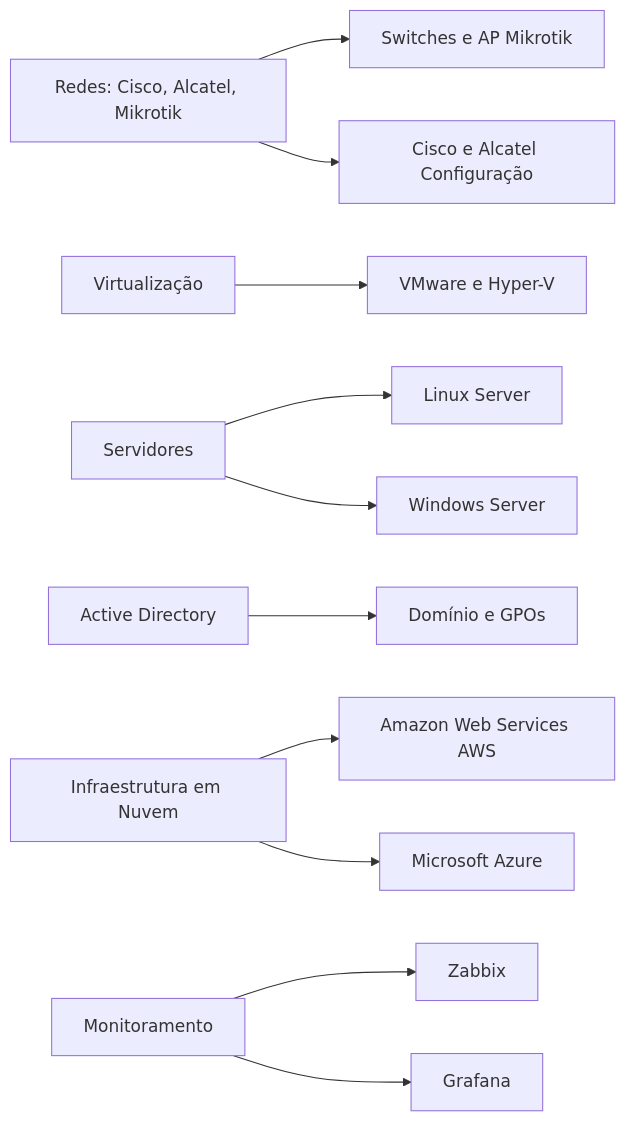
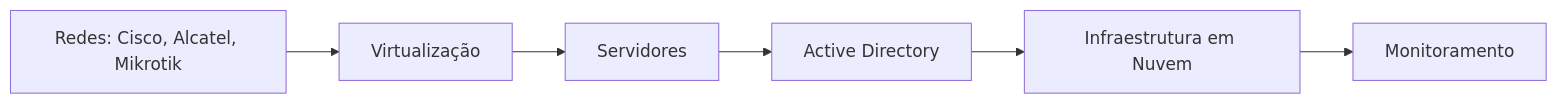
Before and after one commit to socialhiveconnect/Infraestrutura: the diagram in intermediario/READ.md, drawn with Mermaid.

````diff
--- a/intermediario/READ.md
+++ b/intermediario/READ.md
@@ -7,13 +7,8 @@
 ```mermaid
 flowchart LR
-    A[Redes: Cisco, Alcatel, Mikrotik] --> B[Switches e AP Mikrotik]
-    A --> C[Cisco e Alcatel Configuração]
-    D[Virtualização] --> E[VMware e Hyper-V]
-    F[Servidores] --> G[Linux Server]
-    F --> H[Windows Server]
-    I[Active Directory] --> J[Domínio e GPOs]
-    K[Infraestrutura em Nuvem] --> L[Amazon Web Services AWS]
-    K --> M[Microsoft Azure]
-    N[Monitoramento] --> O[Zabbix]
-    N --> P[Grafana]
+    A[Redes: Cisco, Alcatel, Mikrotik] --> B[Virtualização]
+    B --> C[Servidores]
+    C --> D[Active Directory]
+    D --> E[Infraestrutura em Nuvem]
+    E --> N[Monitoramento]
 ```
````
